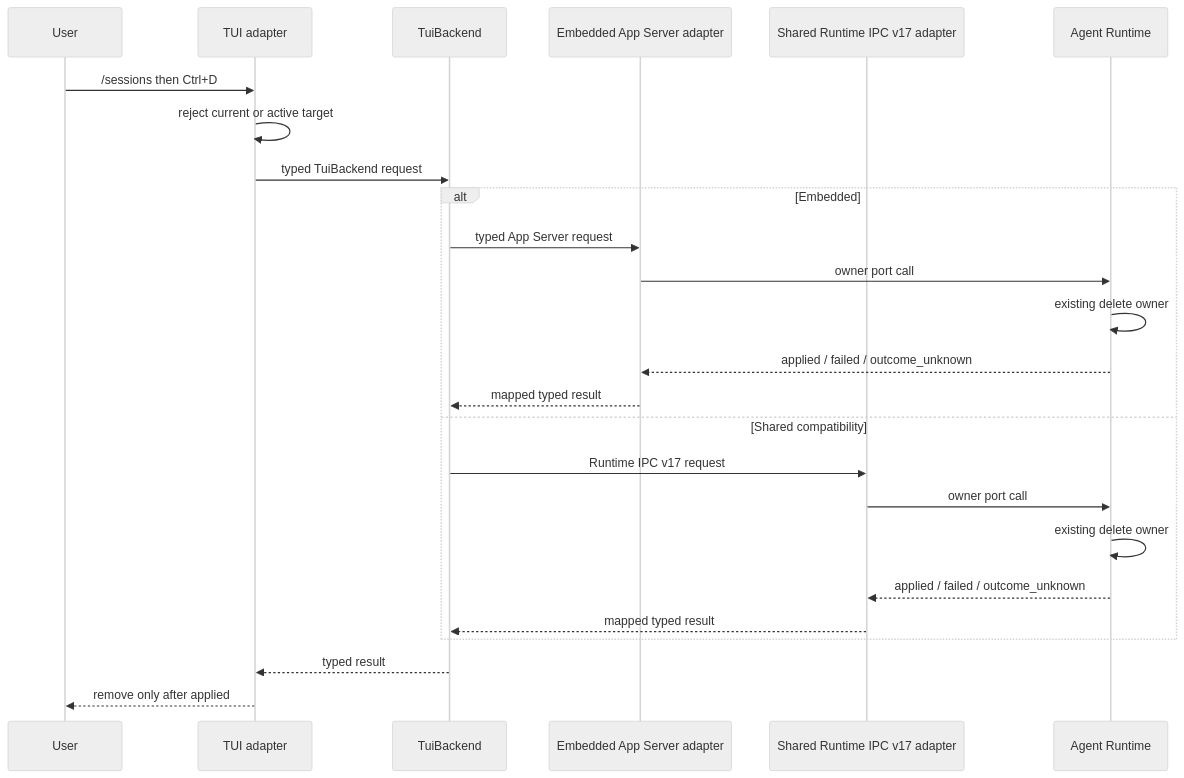
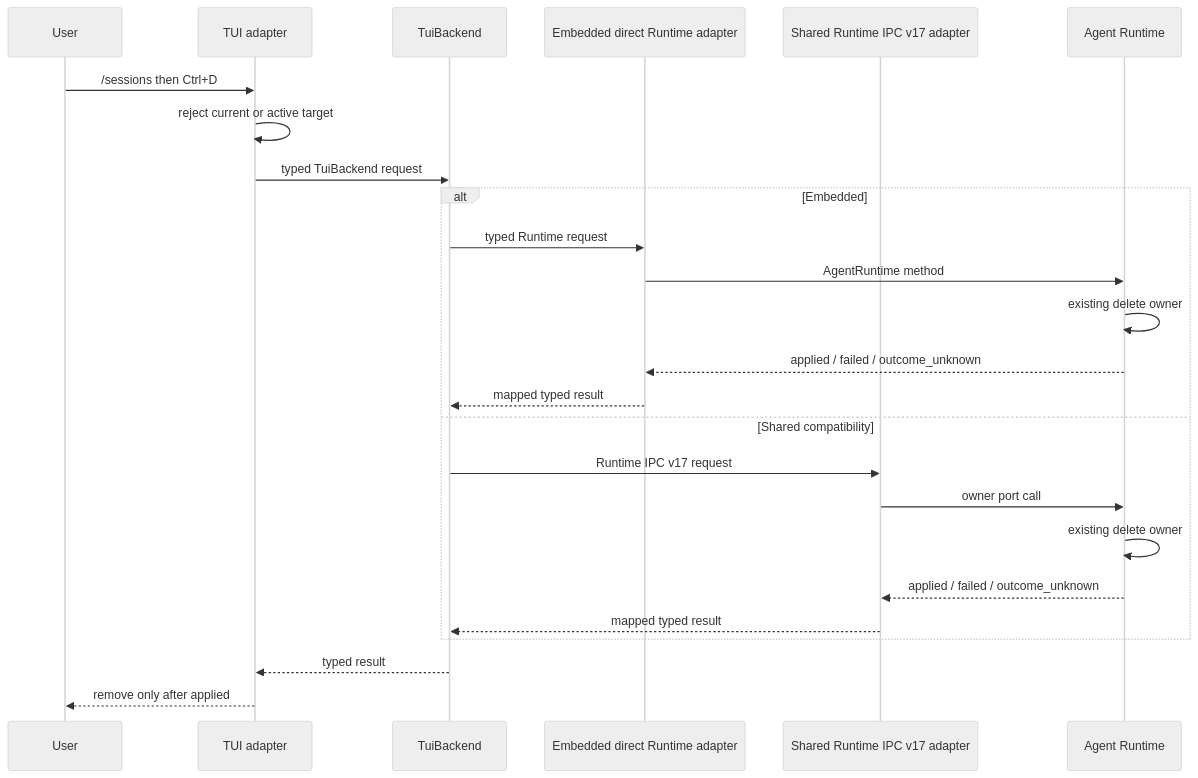
One commit to 1688mengdie/BitFun changed diagram 17 of 17 in docs/architecture/agent-runtime-deployment-design.md. Above: the diagram before and after it, drawn with Mermaid (neutral theme). The commit also changed other lines of this file and 4 other files, not shown here.

````diff
--- a/docs/architecture/agent-runtime-deployment-design.md
+++ b/docs/architecture/agent-runtime-deployment-design.md
@@ -435,28 +483,28 @@
 ```mermaid
 sequenceDiagram
   participant U as User
   participant T as TUI adapter
   participant B as TuiBackend
-  participant E as Embedded App Server adapter
+  participant E as Embedded direct Runtime adapter
   participant S as Shared Runtime IPC v17 adapter
   participant R as Agent Runtime
 
   U->>T: /sessions then Ctrl+D
   T->>T: reject current or active target
   T->>B: typed TuiBackend request
   alt Embedded
-    B->>E: typed App Server request
-    E->>R: owner port call
+    B->>E: typed Runtime request
+    E->>R: AgentRuntime method
     R->>R: existing delete owner
     R-->>E: applied / failed / outcome_unknown
     E-->>B: mapped typed result
   else Shared compatibility
     B->>S: Runtime IPC v17 request
     S->>R: owner port call
     R->>R: existing delete owner
     R-->>S: applied / failed / outcome_unknown
     S-->>B: mapped typed result
   end
   B-->>T: typed result
   T-->>U: remove only after applied
 ```
````
